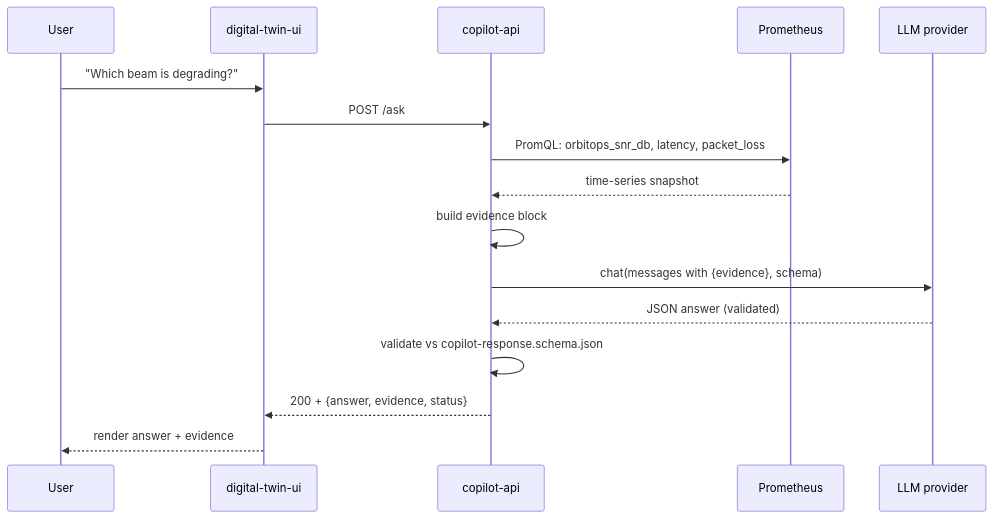
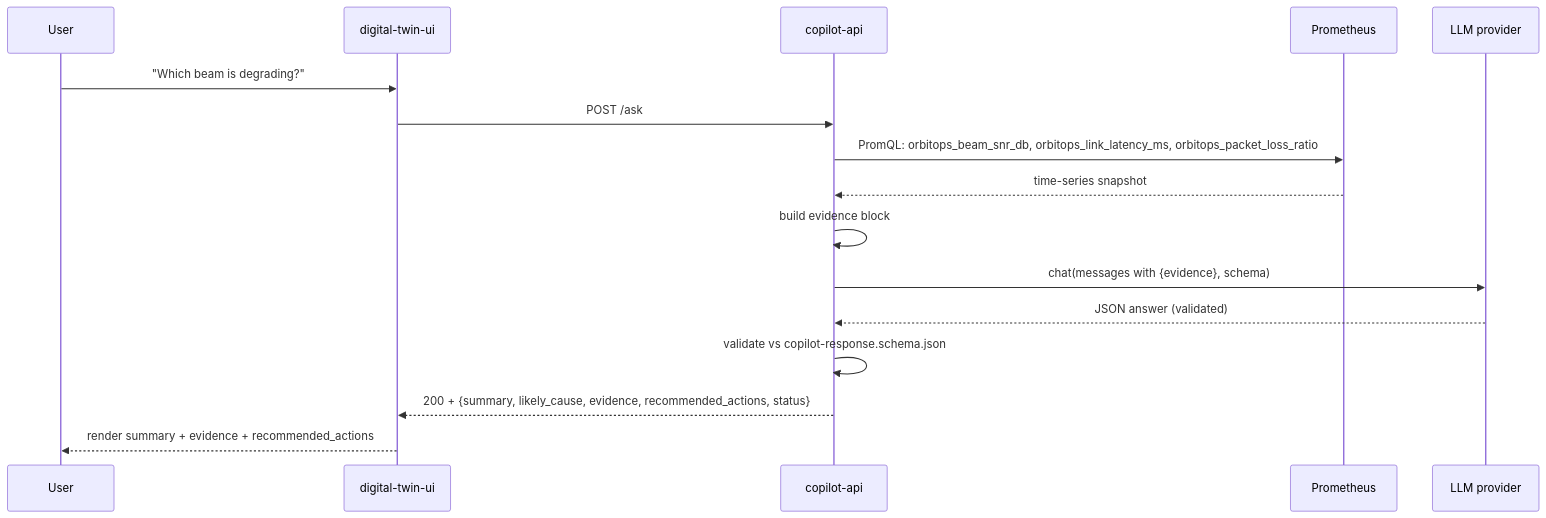
Before and after one commit to thc1006/OrbitOps-Copilot: the second of 3 diagrams in orbitops-copilot/docs/02_architecture.md, drawn with Mermaid. The commit also changed other lines of this file and 9 other files, not shown here.

````diff
--- a/orbitops-copilot/docs/02_architecture.md
+++ b/orbitops-copilot/docs/02_architecture.md
@@ -34,19 +34,19 @@
 ```mermaid
 sequenceDiagram
   participant U as User
   participant UI as digital-twin-ui
   participant API as copilot-api
   participant PR as Prometheus
   participant LLM as LLM provider
 
   U->>UI: "Which beam is degrading?"
   UI->>API: POST /ask
-  API->>PR: PromQL: orbitops_snr_db, latency, packet_loss
+  API->>PR: PromQL: orbitops_beam_snr_db, orbitops_link_latency_ms, orbitops_packet_loss_ratio
   PR-->>API: time-series snapshot
   API->>API: build evidence block
   API->>LLM: chat(messages with {evidence}, schema)
   LLM-->>API: JSON answer (validated)
   API->>API: validate vs copilot-response.schema.json
-  API-->>UI: 200 + {answer, evidence, status}
-  UI-->>U: render answer + evidence
+  API-->>UI: 200 + {summary, likely_cause, evidence, recommended_actions, status}
+  UI-->>U: render summary + evidence + recommended_actions
 ```
````
